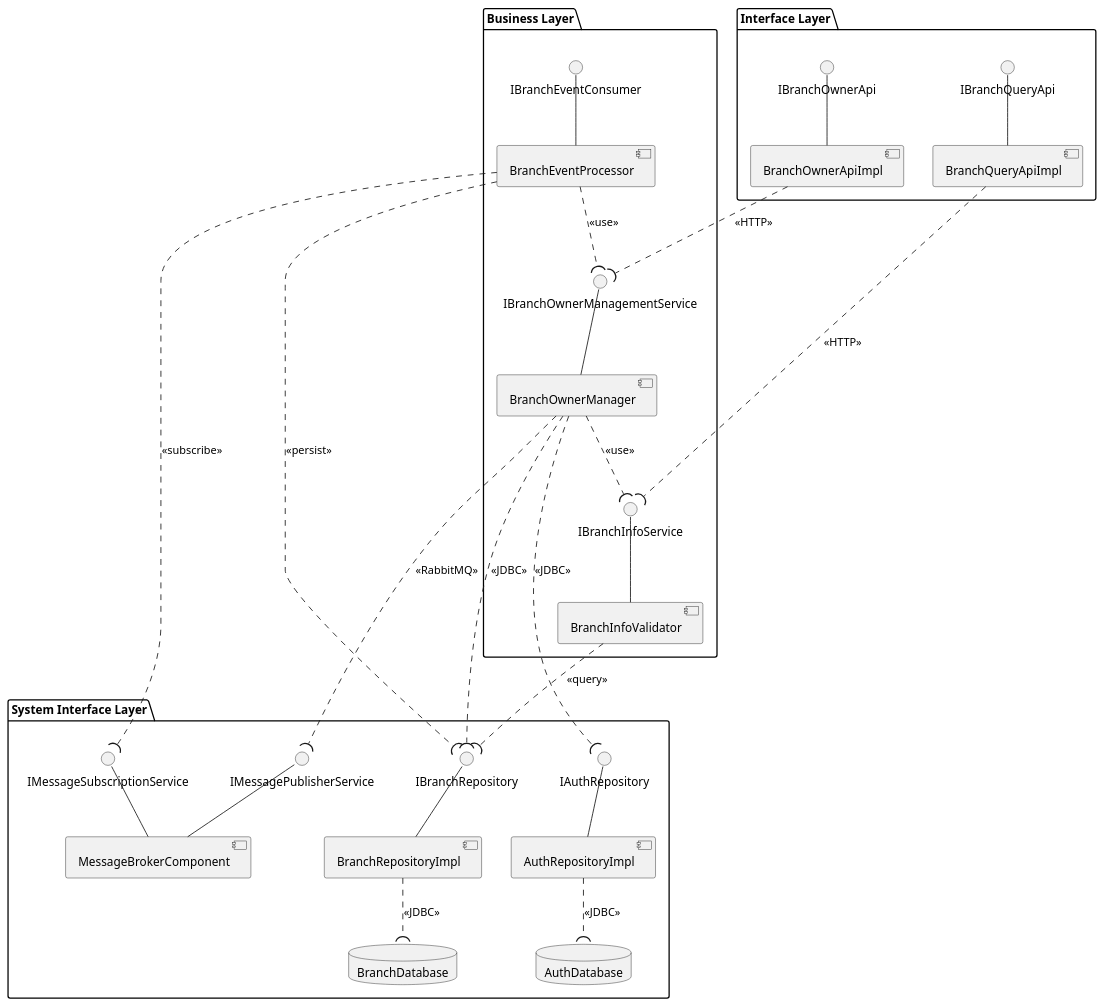
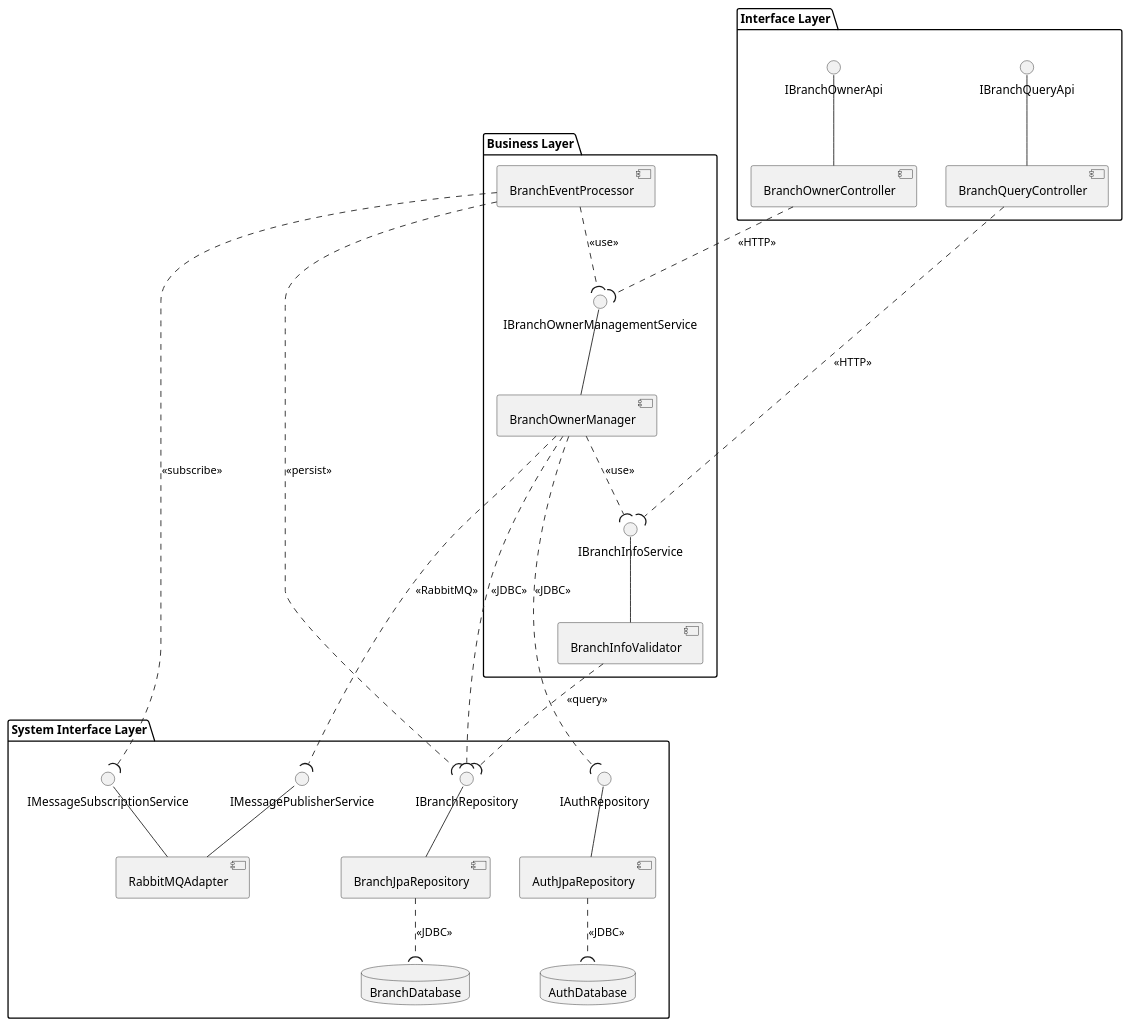
One commit to yoon2eyo/GITHUB changed the diagram in ComponentDiagram/09_BranchOwnerServiceComponent.puml. Above: the diagram before and after it, drawn with PlantUML. The commit also changed 249 other files, not shown here.

```diff
--- a/ComponentDiagram/09_BranchOwnerServiceComponent.puml
+++ b/ComponentDiagram/09_BranchOwnerServiceComponent.puml
@@ -1,70 +1,68 @@
 @startuml BranchOwnerServiceComponent
 ' BranchOwnerServiceComponent.puml (가이드 준수)
 ' UC-03: 지점주 계정 등록, UC-18: 지점 정보 등록, UC-19: 고객 리뷰 조회
 
 package "Interface Layer" {
   interface IBranchOwnerApi
   interface IBranchQueryApi
 
-  component BranchOwnerApiImpl
-  component BranchQueryApiImpl
+  component BranchOwnerController
+  component BranchQueryController
   
-  IBranchOwnerApi -- BranchOwnerApiImpl
-  IBranchQueryApi -- BranchQueryApiImpl
+  IBranchOwnerApi -- BranchOwnerController
+  IBranchQueryApi -- BranchQueryController
 }
 
 package "Business Layer" {
   interface IBranchOwnerManagementService
   interface IBranchInfoService
-  interface IBranchEventConsumer
   
   component BranchOwnerManager
   component BranchInfoValidator
   component BranchEventProcessor
   
   ' Service implementations
   IBranchOwnerManagementService -- BranchOwnerManager
   IBranchInfoService -- BranchInfoValidator
-  IBranchEventConsumer -- BranchEventProcessor
   
   ' Business layer internal relationships
   BranchOwnerManager ..( IBranchInfoService : <<use>>
   BranchEventProcessor ..( IBranchOwnerManagementService : <<use>>
 }
 
 package "System Interface Layer" {
   interface IBranchRepository
   interface IAuthRepository
   interface IMessagePublisherService
   interface IMessageSubscriptionService
   
-  component BranchRepositoryImpl
-  component AuthRepositoryImpl
-  component MessageBrokerComponent
+  component BranchJpaRepository
+  component AuthJpaRepository
+  component RabbitMQAdapter
   
   database BranchDatabase
   database AuthDatabase
   
-  IBranchRepository -- BranchRepositoryImpl
-  IAuthRepository -- AuthRepositoryImpl
-  IMessagePublisherService -- MessageBrokerComponent
-  IMessageSubscriptionService -- MessageBrokerComponent
+  IBranchRepository -- BranchJpaRepository
+  IAuthRepository -- AuthJpaRepository
+  IMessagePublisherService -- RabbitMQAdapter
+  IMessageSubscriptionService -- RabbitMQAdapter
   
-  BranchRepositoryImpl ..( BranchDatabase : <<JDBC>>
-  AuthRepositoryImpl ..( AuthDatabase : <<JDBC>>
+  BranchJpaRepository ..( BranchDatabase : <<JDBC>>
+  AuthJpaRepository ..( AuthDatabase : <<JDBC>>
 }
 
 ' 패키지 외부 연결
 ' Interface Layer -> Business Layer
-BranchOwnerApiImpl ..( IBranchOwnerManagementService : <<HTTP>>
-BranchQueryApiImpl ..( IBranchInfoService : <<HTTP>>
+BranchOwnerController ..( IBranchOwnerManagementService : <<HTTP>>
+BranchQueryController ..( IBranchInfoService : <<HTTP>>
 
 ' Business Layer -> System Interface Layer
 BranchOwnerManager ..( IBranchRepository : <<JDBC>>
 BranchOwnerManager ..( IAuthRepository : <<JDBC>>
 BranchOwnerManager ..( IMessagePublisherService : <<RabbitMQ>>
 BranchInfoValidator ..( IBranchRepository : <<query>>
 BranchEventProcessor ..( IBranchRepository : <<persist>>
 BranchEventProcessor ..( IMessageSubscriptionService : <<subscribe>>
 
 @enduml
```
